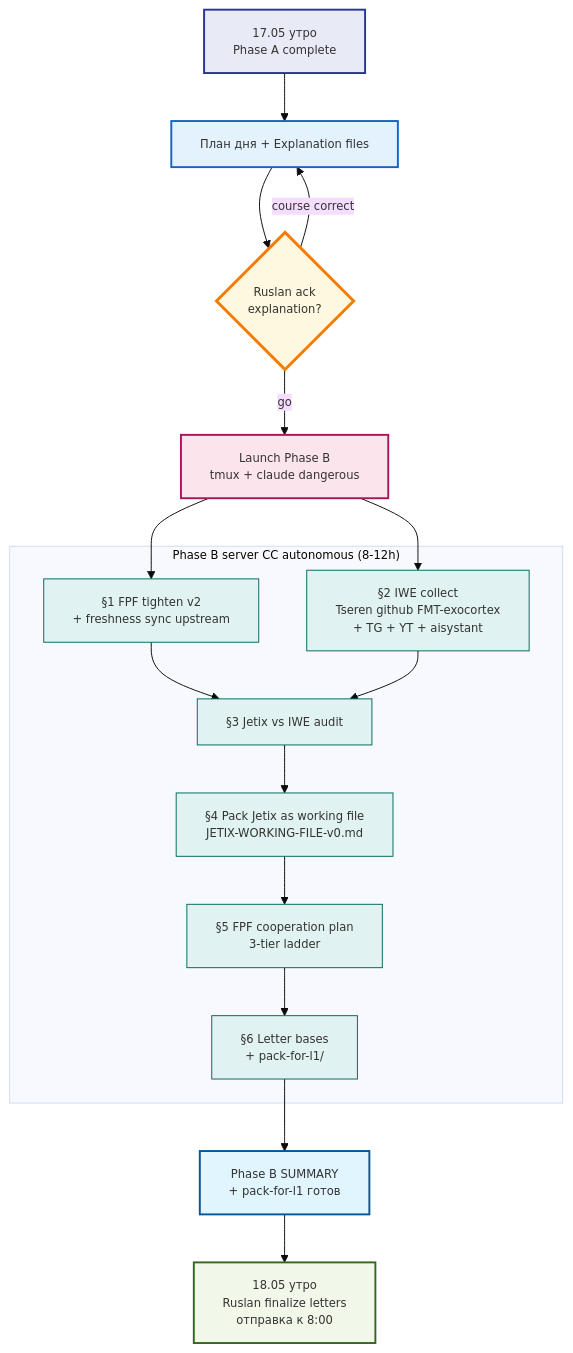
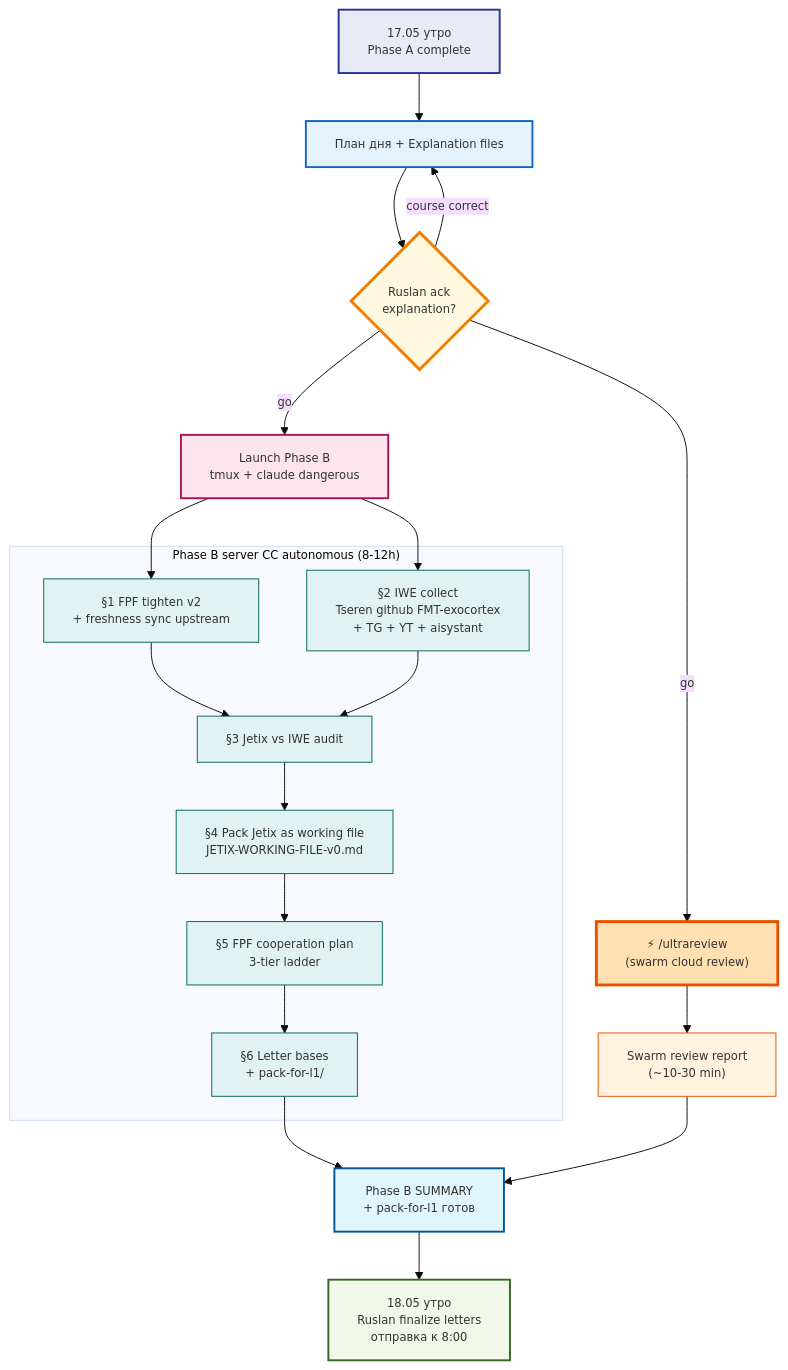
Before and after one commit to Bogersebekov/jetix-os: the diagram in _PLAN-OF-DAY-2026-05-17.md, drawn with Mermaid. The commit also changed other lines of this file and 2 other files, not shown here.

Commit message:
[daily-log] dual-run 17.05 — Phase B (claude -p) + /ultrareview (swarm) parallel

````diff
--- a/_PLAN-OF-DAY-2026-05-17.md
+++ b/_PLAN-OF-DAY-2026-05-17.md
@@ -74,38 +115,46 @@
 ```mermaid
 %%{init: {'theme':'base','themeVariables':{'fontFamily':'Inter','fontSize':'12px'}}}%%
 flowchart TB
     START["17.05 утро<br/>Phase A complete"]:::start
     PLAN["План дня + Explanation files"]:::plan
     ACK{"Ruslan ack<br/>explanation?"}:::ack
     LAUNCH["Launch Phase B<br/>tmux + claude dangerous"]:::launch
+    ULTRA["⚡ /ultrareview<br/>(swarm cloud review)"]:::ultra
 
     subgraph PHASEB["Phase B server CC autonomous (8-12h)"]
         S1["§1 FPF tighten v2<br/>+ freshness sync upstream"]:::step
         S2["§2 IWE collect<br/>Tseren github FMT-exocortex<br/>+ TG + YT + aisystant"]:::step
         S3["§3 Jetix vs IWE audit"]:::step
         S4["§4 Pack Jetix as working file<br/>JETIX-WORKING-FILE-v0.md"]:::step
         S5["§5 FPF cooperation plan<br/>3-tier ladder"]:::step
         S6["§6 Letter bases<br/>+ pack-for-l1/"]:::step
         S1 --> S3
         S2 --> S3
         S3 --> S4
         S4 --> S5
         S5 --> S6
     end
 
     FINISH["Phase B SUMMARY<br/>+ pack-for-l1 готов"]:::finish
     MORNING["18.05 утро<br/>Ruslan finalize letters<br/>отправка к 8:00"]:::morning
 
+    URL["Swarm review report<br/>(~10-30 min)"]:::ultraout
+
     START --> PLAN --> ACK
     ACK -->|"go"| LAUNCH --> S1 & S2
+    ACK -->|"go"| ULTRA --> URL
     ACK -->|"course correct"| PLAN
-    S6 --> FINISH --> MORNING
+    S6 --> FINISH
+    URL --> FINISH
+    FINISH --> MORNING
 
     classDef start fill:#e8eaf6,stroke:#283593,stroke-width:2px
     classDef plan fill:#e3f2fd,stroke:#1565c0,stroke-width:2px
     classDef ack fill:#fff8e1,stroke:#f57c00,stroke-width:3px
     classDef launch fill:#fce4ec,stroke:#ad1457,stroke-width:2px
     classDef step fill:#e0f2f1,stroke:#00695c,stroke-width:1px
     classDef finish fill:#e1f5fe,stroke:#01579b,stroke-width:2px
     classDef morning fill:#f1f8e9,stroke:#33691e,stroke-width:2px
+    classDef ultra fill:#ffe0b2,stroke:#e65100,stroke-width:3px
+    classDef ultraout fill:#fff3e0,stroke:#e65100,stroke-width:1px
 ```
````
